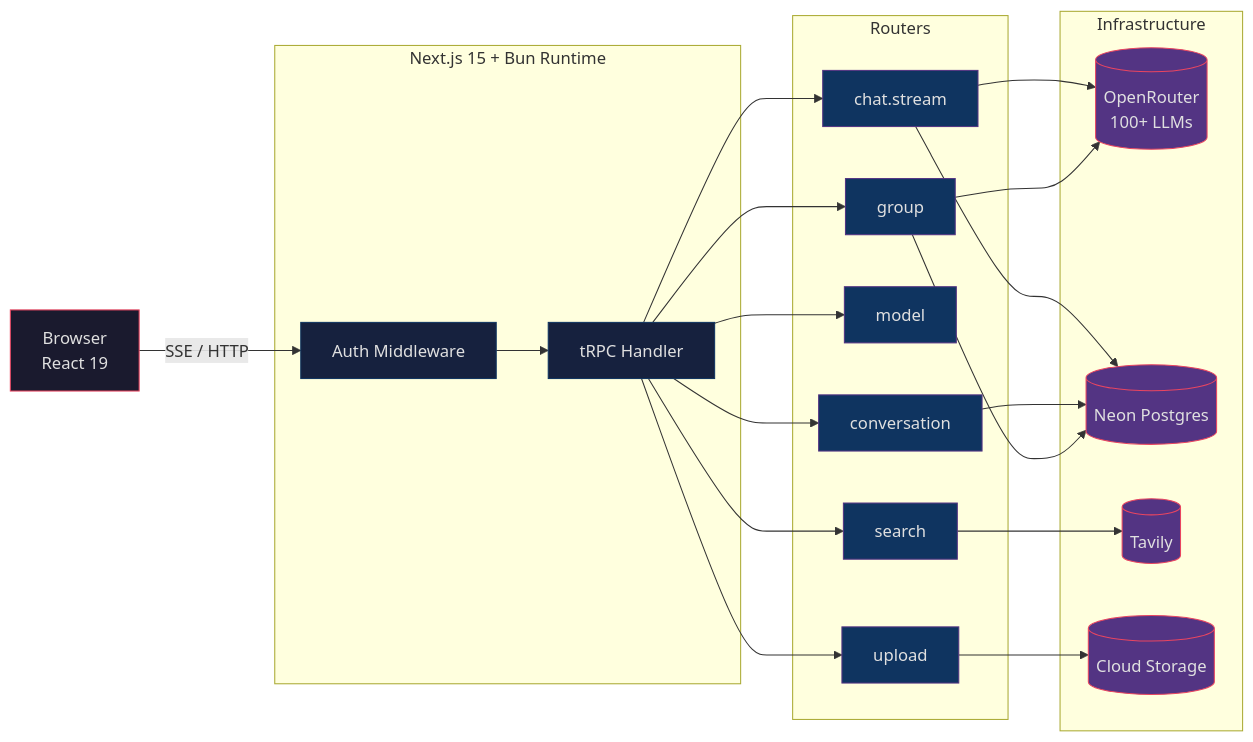
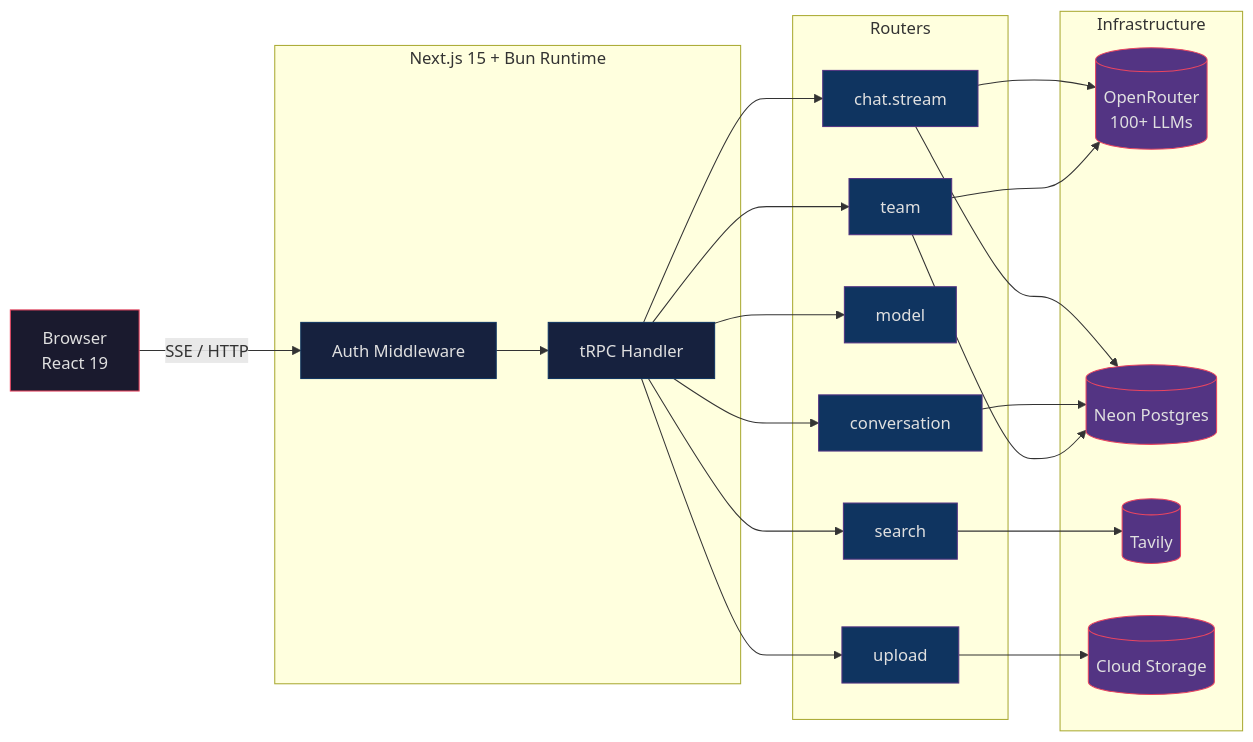
The diagram in README.md (HishamBS/farasa), drawn with Mermaid before and after one commit. The commit also changed other lines of this file and 56 other files, not shown here.

First line of the commit message:
refactor: rename group to team, consolidate DB migration, fix code quality

````diff
--- a/README.md
+++ b/README.md
@@ -137,51 +137,51 @@
 ```mermaid
 graph LR
     Browser["Browser\nReact 19"]
 
     subgraph SRV ["Next.js 15 + Bun Runtime"]
         MW["Auth Middleware"]
         tRPC["tRPC Handler"]
     end
 
     subgraph API ["Routers"]
         chat["chat.stream"]
         conv["conversation"]
         model["model"]
         srch["search"]
         upl["upload"]
-        grp["group"]
+        team["team"]
     end
 
     subgraph INFRA ["Infrastructure"]
         OR[("OpenRouter\n100+ LLMs")]
         PG[("Neon Postgres")]
         TV[("Tavily")]
         GCS[("Cloud Storage")]
     end
 
     Browser -->|"SSE / HTTP"| MW
     MW --> tRPC
     tRPC --> chat
     tRPC --> conv
     tRPC --> model
     tRPC --> srch
     tRPC --> upl
-    tRPC --> grp
+    tRPC --> team
     chat --> OR
     chat --> PG
     conv --> PG
     srch --> TV
     upl --> GCS
-    grp --> OR
-    grp --> PG
+    team --> OR
+    team --> PG
 
     classDef client fill:#1a1a2e,stroke:#e94560,color:#e0e0e0
     classDef server fill:#16213e,stroke:#0f3460,color:#e0e0e0
     classDef router fill:#0f3460,stroke:#533483,color:#e0e0e0
     classDef infra fill:#533483,stroke:#e94560,color:#e0e0e0
 
     class Browser client
     class MW,tRPC server
-    class chat,conv,model,srch,upl,grp router
+    class chat,conv,model,srch,upl,team router
     class OR,PG,TV,GCS infra
 ```
````
